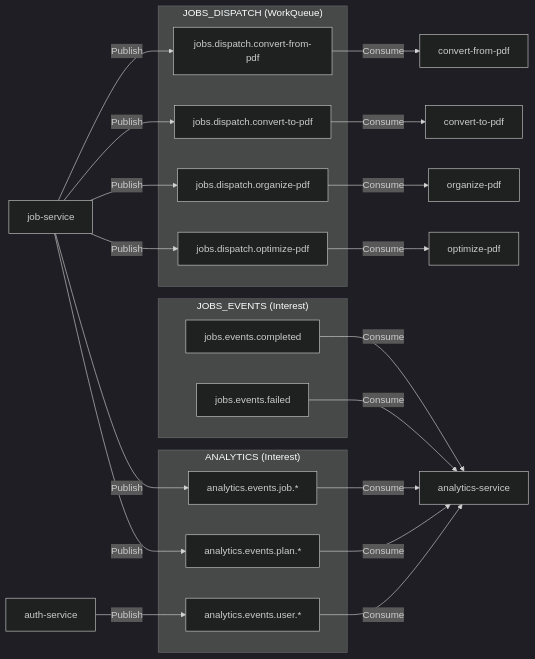
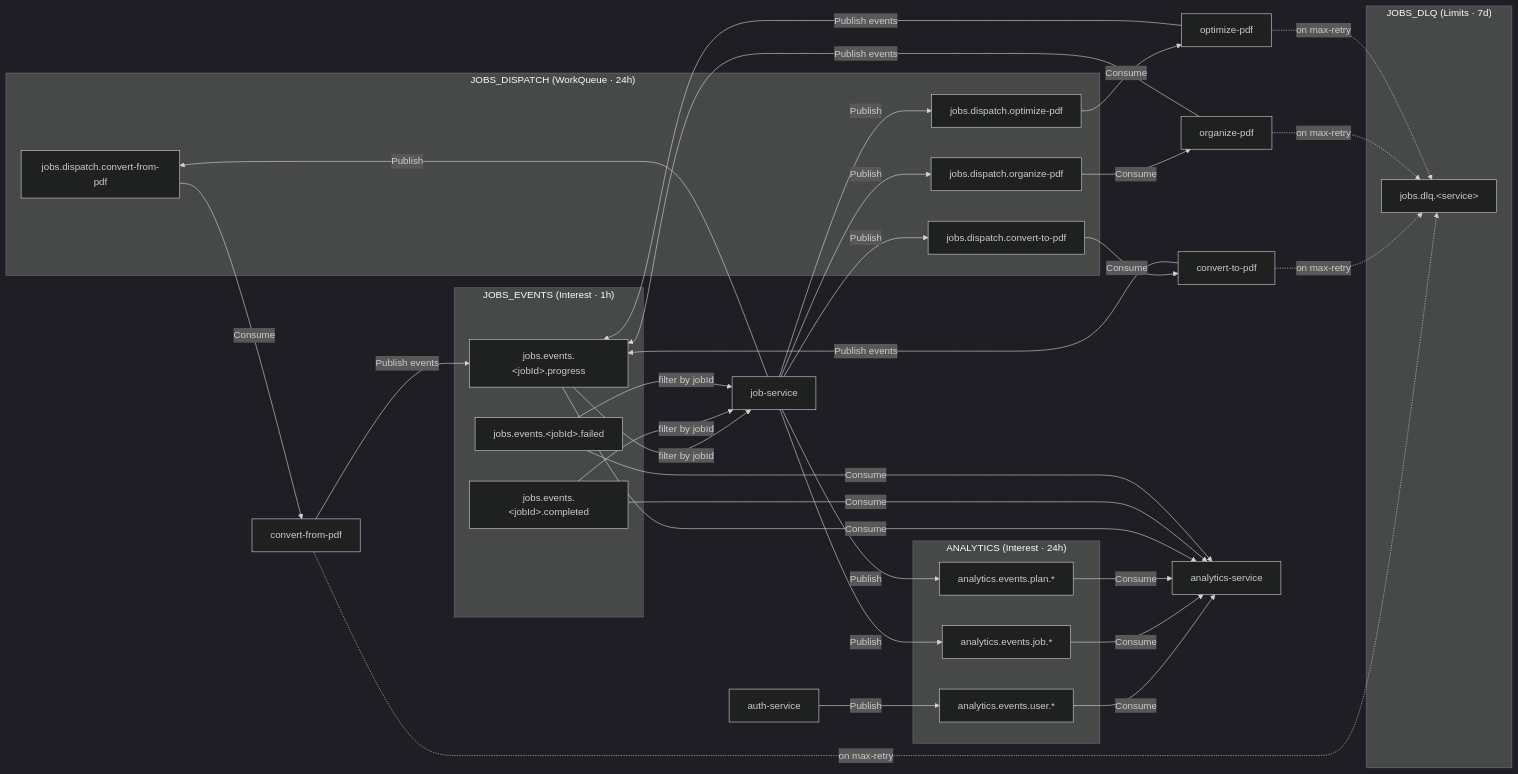
Before and after one commit to Prachidubey2003/fyredocs_backend: the third of 5 diagrams in docs/developer/mermaid/system-overview.md, drawn with Mermaid (dark theme). The commit also changed other lines of this file and 39 other files, not shown here.

Commit message:
Refactor PDF services to use NATS JetStream for job dispatch and event publishing; enhance documentation for OPTIMIZE_PDF and ORGANIZE_PDF services; remove deprecated UPLOAD_SERVICE documentation; update OpenAPI spec for improved clarity and accuracy.

````diff
--- a/docs/developer/mermaid/system-overview.md
+++ b/docs/developer/mermaid/system-overview.md
@@ -110,39 +124,58 @@
 ```mermaid
 graph LR
-    subgraph JOBS_DISPATCH["JOBS_DISPATCH (WorkQueue)"]
+    subgraph JOBS_DISPATCH["JOBS_DISPATCH (WorkQueue · 24h)"]
         D1["jobs.dispatch.convert-from-pdf"]
         D2["jobs.dispatch.convert-to-pdf"]
         D3["jobs.dispatch.organize-pdf"]
         D4["jobs.dispatch.optimize-pdf"]
     end
 
-    subgraph JOBS_EVENTS["JOBS_EVENTS (Interest)"]
-        E1["jobs.events.completed"]
-        E2["jobs.events.failed"]
+    subgraph JOBS_EVENTS["JOBS_EVENTS (Interest · 1h)"]
+        E1["jobs.events.&lt;jobId&gt;.progress"]
+        E2["jobs.events.&lt;jobId&gt;.completed"]
+        E3["jobs.events.&lt;jobId&gt;.failed"]
+    end
+
+    subgraph JOBS_DLQ["JOBS_DLQ (Limits · 7d)"]
+        Q1["jobs.dlq.&lt;service&gt;"]
+    end
+
+    subgraph ANALYTICS_STREAM["ANALYTICS (Interest · 24h)"]
+        A1["analytics.events.user.*"]
+        A2["analytics.events.job.*"]
+        A3["analytics.events.plan.*"]
     end
 
     JS[job-service] -->|Publish| D1
     JS -->|Publish| D2
     JS -->|Publish| D3
     JS -->|Publish| D4
 
-    subgraph ANALYTICS_STREAM["ANALYTICS (Interest)"]
-        A1["analytics.events.user.*"]
-        A2["analytics.events.job.*"]
-        A3["analytics.events.plan.*"]
-    end
-
     D1 -->|Consume| CFP[convert-from-pdf]
     D2 -->|Consume| CTP[convert-to-pdf]
     D3 -->|Consume| ORG[organize-pdf]
     D4 -->|Consume| OPT[optimize-pdf]
+
+    CFP -->|Publish events| E1
+    CTP -->|Publish events| E1
+    ORG -->|Publish events| E1
+    OPT -->|Publish events| E1
+    E1 -->|filter by jobId| JS
+    E2 -->|filter by jobId| JS
+    E3 -->|filter by jobId| JS
+
+    CFP -.->|on max-retry| Q1
+    CTP -.->|on max-retry| Q1
+    ORG -.->|on max-retry| Q1
+    OPT -.->|on max-retry| Q1
 
     AUTH2[auth-service] -->|Publish| A1
     JS -->|Publish| A2
     JS -->|Publish| A3
     A1 -->|Consume| AN[analytics-service]
     A2 -->|Consume| AN
     A3 -->|Consume| AN
     E1 -->|Consume| AN
     E2 -->|Consume| AN
+    E3 -->|Consume| AN
 ```
````
